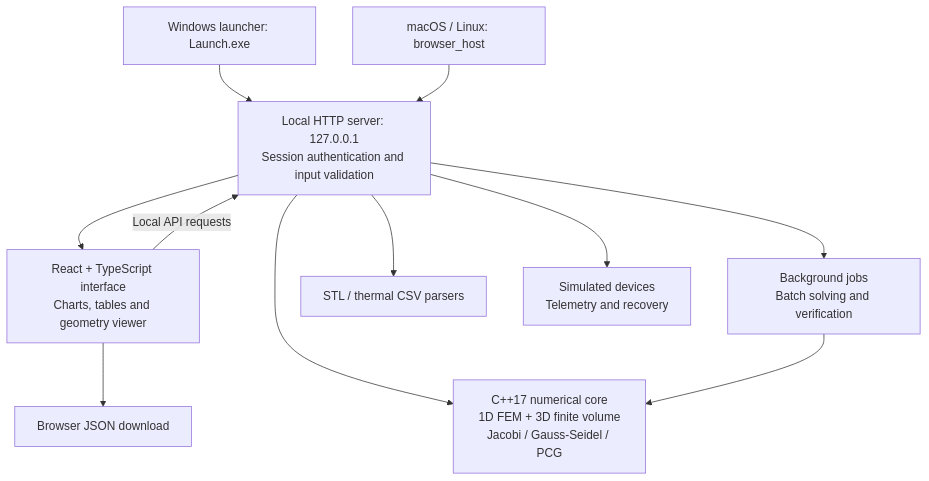
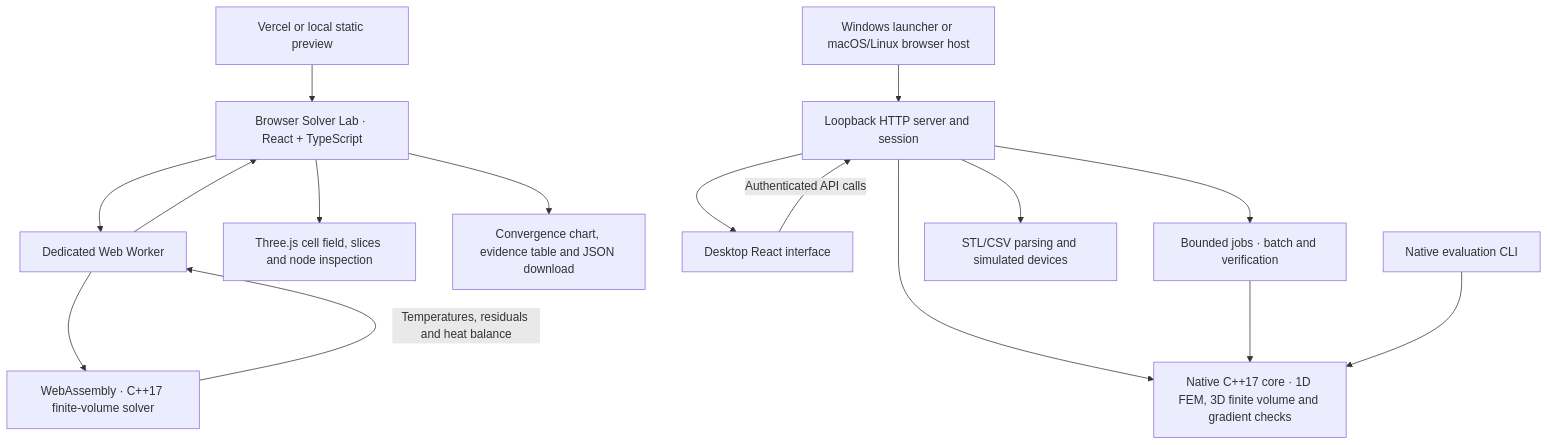
The diagram in README.md (tulasiram2005/thermal-atlas-workbench), drawn with Mermaid before and after one commit. The commit also changed other lines of this file and 2 other files, not shown here.

Commit message:
Document the live lab, source download and both runtime architectures

````diff
--- a/README.md
+++ b/README.md
@@ -17,13 +40,18 @@
 ```mermaid
 flowchart TD
-    Launcher["Windows launcher: Launch.exe"] --> Server["Local HTTP server: 127.0.0.1<br/>Session authentication and input validation"]
-    Host["macOS / Linux: browser_host"] --> Server
-    Server --> UI["React + TypeScript interface<br/>Charts, tables and geometry viewer"]
-    UI -->|Local API requests| Server
-    Server --> Core["C++17 numerical core<br/>1D FEM + 3D finite volume<br/>Jacobi / Gauss-Seidel / PCG"]
-    Server --> Jobs["Background jobs<br/>Batch solving and verification"]
-    Jobs --> Core
-    Server --> Parsers["STL / thermal CSV parsers"]
-    Server --> Hardware["Simulated devices<br/>Telemetry and recovery"]
-    UI --> Export["Browser JSON download"]
+    V["Vercel or local static preview"] --> B["Browser Solver Lab · React + TypeScript"]
+    B --> W["Dedicated Web Worker"]
+    W --> M["WebAssembly · C++17 finite-volume solver"]
+    M -->|Temperatures, residuals and heat balance| W
+    W --> B
+    B --> F["Three.js cell field, slices and node inspection"]
+    B --> E["Convergence chart, evidence table and JSON download"]
+    L["Windows launcher or macOS/Linux browser host"] --> S["Loopback HTTP server and session"]
+    S --> D["Desktop React interface"]
+    D -->|Authenticated API calls| S
+    S --> C["Native C++17 core · 1D FEM, 3D finite volume and gradient checks"]
+    S --> J["Bounded jobs · batch and verification"]
+    J --> C
+    S --> P["STL/CSV parsing and simulated devices"]
+    T["Native evaluation CLI"] --> C
 ```
````
